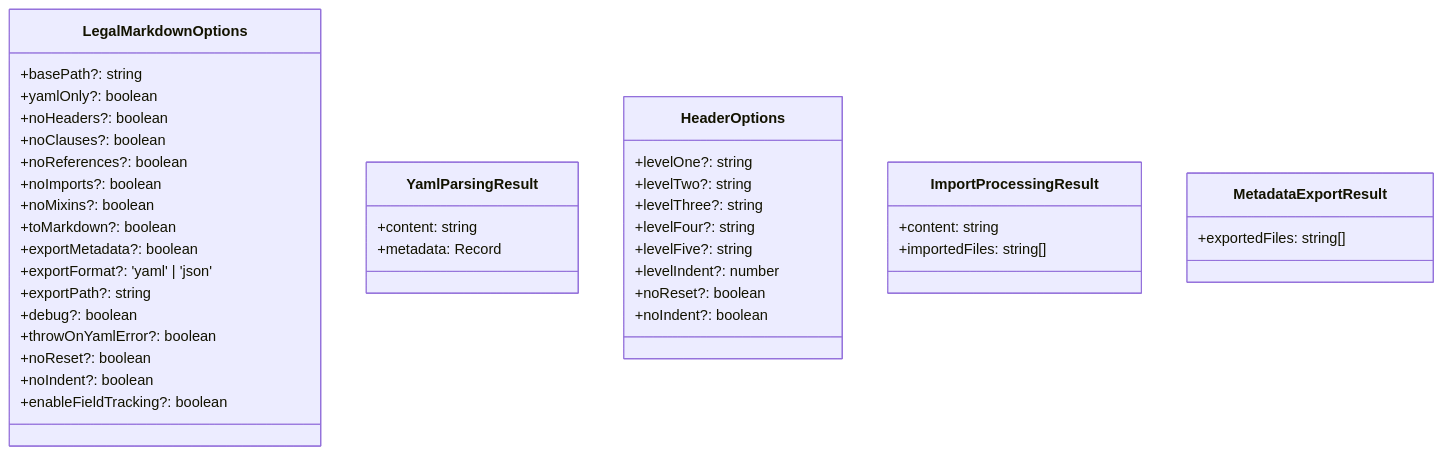
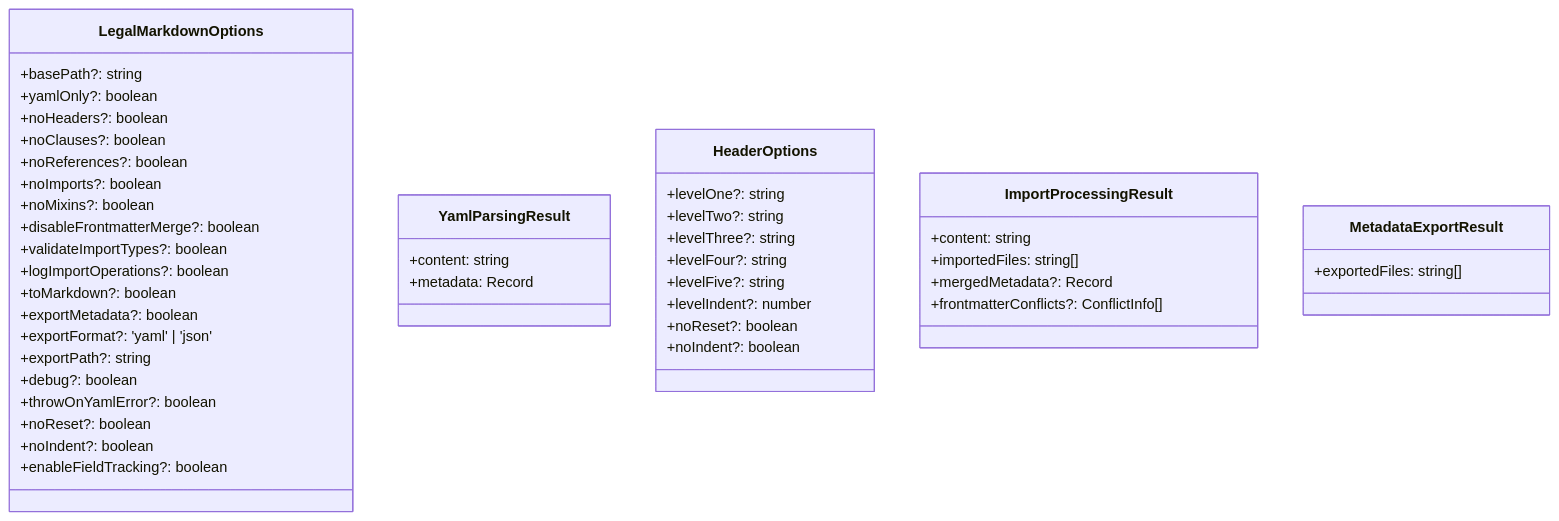
Before and after one commit to petalo/legal-markdown-js: diagram 17 of 27 in docs/ARCHITECTURE.md, drawn with Mermaid. The commit also changed other lines of this file and 29 other files, not shown here.

````diff
--- a/docs/ARCHITECTURE.md
+++ b/docs/ARCHITECTURE.md
@@ -619,46 +737,51 @@
 ```mermaid
 classDiagram
     class LegalMarkdownOptions {
         +basePath?: string
         +yamlOnly?: boolean
         +noHeaders?: boolean
         +noClauses?: boolean
         +noReferences?: boolean
         +noImports?: boolean
         +noMixins?: boolean
+        +disableFrontmatterMerge?: boolean
+        +validateImportTypes?: boolean
+        +logImportOperations?: boolean
         +toMarkdown?: boolean
         +exportMetadata?: boolean
         +exportFormat?: 'yaml' | 'json'
         +exportPath?: string
         +debug?: boolean
         +throwOnYamlError?: boolean
         +noReset?: boolean
         +noIndent?: boolean
         +enableFieldTracking?: boolean
     }
 
     class YamlParsingResult {
         +content: string
         +metadata: Record<string, any>
     }
 
     class HeaderOptions {
         +levelOne?: string
         +levelTwo?: string
         +levelThree?: string
         +levelFour?: string
         +levelFive?: string
         +levelIndent?: number
         +noReset?: boolean
         +noIndent?: boolean
     }
 
     class ImportProcessingResult {
         +content: string
         +importedFiles: string[]
+        +mergedMetadata?: Record<string, any>
+        +frontmatterConflicts?: ConflictInfo[]
     }
 
     class MetadataExportResult {
         +exportedFiles: string[]
     }
 ```
````
